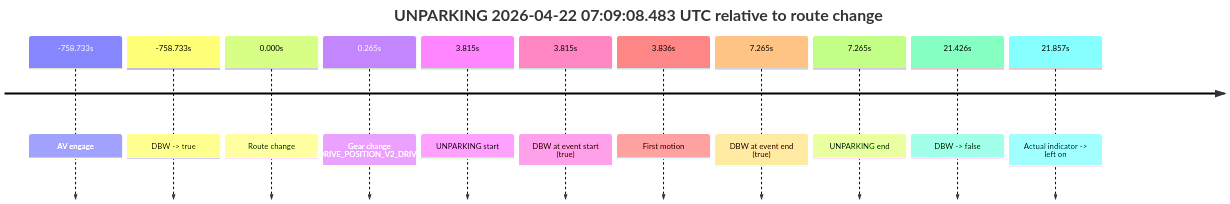
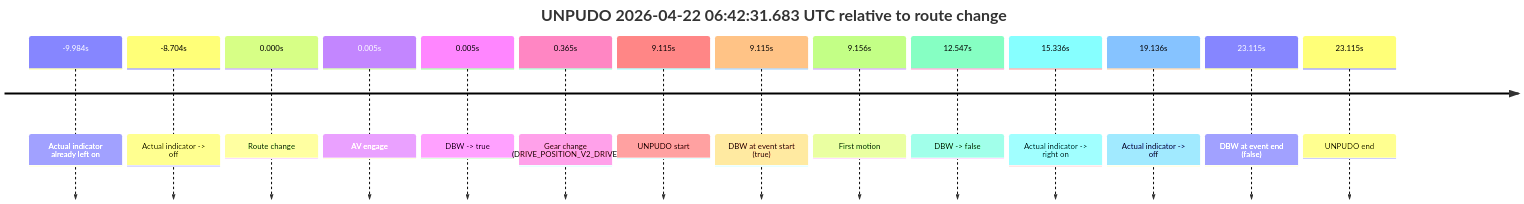
The fourth of 6 diagrams in model_analysis/report_cards/2026/04/Week-4/fme20012--2026-04-22--06-13-52--gen2-av-9d4af3b2-5820-4131-9962-82ddbe1b0720.md (yoelshapiro/vault), drawn with Mermaid before and after one commit. The commit also changed other lines of this file and 53 other files, not shown here.

````diff
--- a/model_analysis/report_cards/2026/04/Week-4/fme20012--2026-04-22--06-13-52--gen2-av-9d4af3b2-5820-4131-9962-82ddbe1b0720.md
+++ b/model_analysis/report_cards/2026/04/Week-4/fme20012--2026-04-22--06-13-52--gen2-av-9d4af3b2-5820-4131-9962-82ddbe1b0720.md
@@ -321,15 +334,18 @@
 ```mermaid
 timeline
-    title UNPARKING 2026-04-22 07:09:08.483 UTC relative to route change
-    -758.733s : AV engage
-    -758.733s : DBW -> true
+    title UNPUDO 2026-04-22 06:42:31.683 UTC relative to route change
+    -9.984s : Actual indicator already left on
+    -8.704s : Actual indicator -> off
     0.000s : Route change
-    0.265s : Gear change (DRIVE_POSITION_V2_DRIVE)
-    3.815s : UNPARKING start
-    3.815s : DBW at event start (true)
-    3.836s : First motion
-    7.265s : DBW at event end (true)
-    7.265s : UNPARKING end
-    21.426s : DBW -> false
-    21.857s : Actual indicator -> left on
+    0.005s : AV engage
+    0.005s : DBW -> true
+    0.365s : Gear change (DRIVE_POSITION_V2_DRIVE)
+    9.115s : UNPUDO start
+    9.115s : DBW at event start (true)
+    9.156s : First motion
+    12.547s : DBW -> false
+    15.336s : Actual indicator -> right on
+    19.136s : Actual indicator -> off
+    23.115s : DBW at event end (false)
+    23.115s : UNPUDO end
 ```
````
